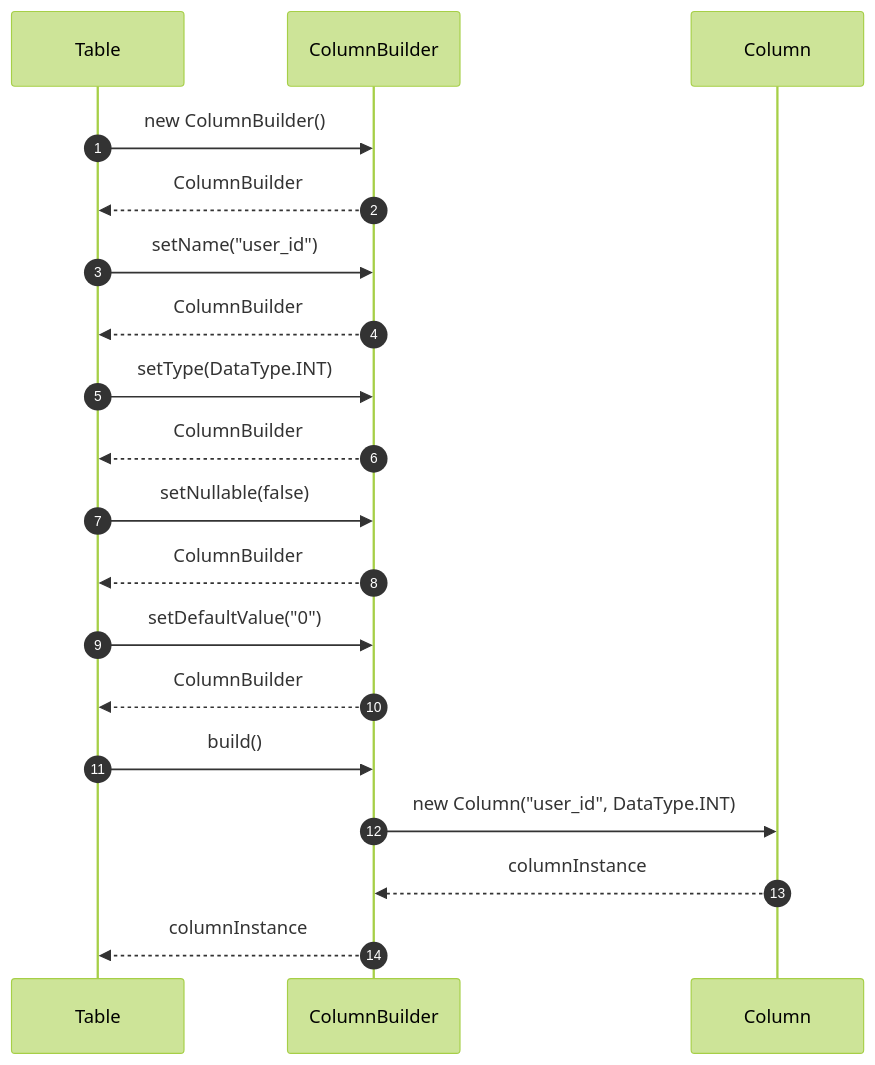
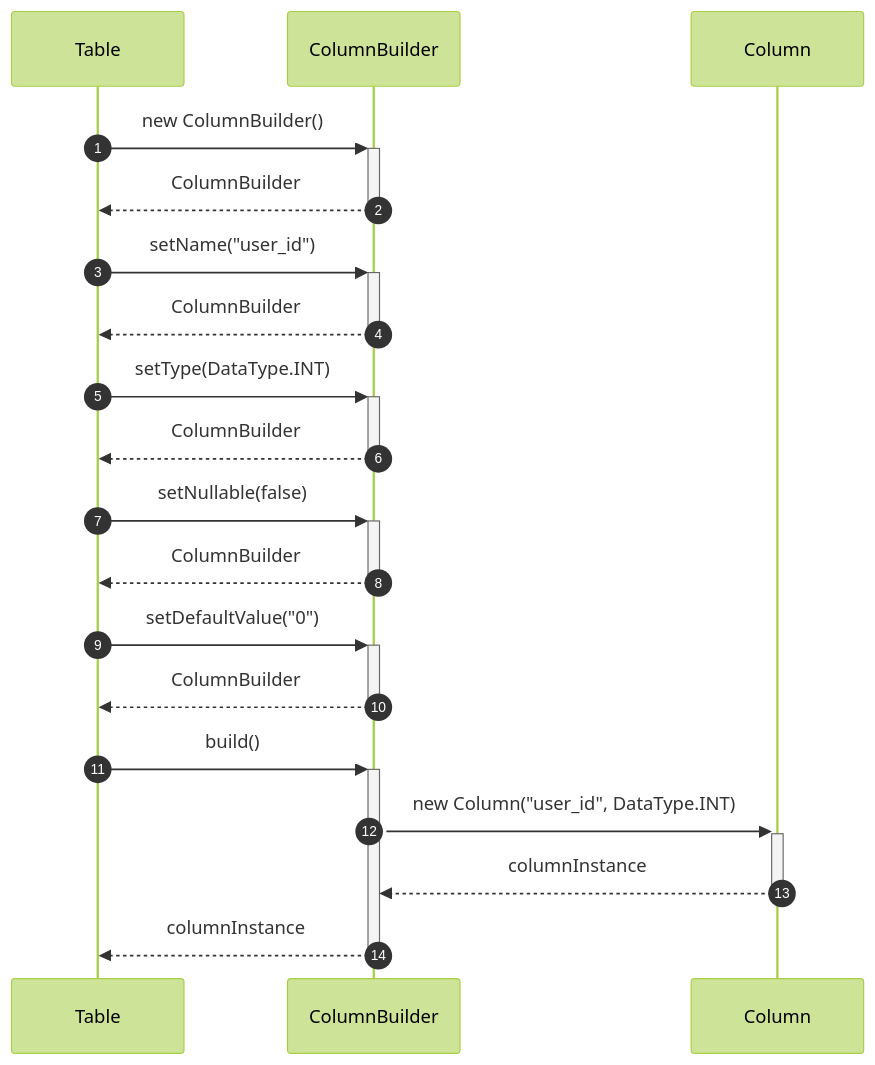
Before and after one commit to Dikhang1112/Database_Management_BBV: the tenth of 14 diagrams in docs/design_patterns/metadata/Sequece.md, drawn with Mermaid (forest theme). The commit also changed other lines of this file and 12 other files, not shown here.

Commit message:
Refactor sequece diagram

````diff
--- a/docs/design_patterns/metadata/Sequece.md
+++ b/docs/design_patterns/metadata/Sequece.md
@@ -229,22 +229,22 @@
 ```mermaid
 sequenceDiagram
     autonumber
     participant Table as Table
     participant CB as ColumnBuilder
     participant Col as Column
 
-    Table->>CB: new ColumnBuilder()
-    CB-->>Table: ColumnBuilder
-    Table->>CB: setName("user_id")
-    CB-->>Table: ColumnBuilder
-    Table->>CB: setType(DataType.INT)
-    CB-->>Table: ColumnBuilder
-    Table->>CB: setNullable(false)
-    CB-->>Table: ColumnBuilder
-    Table->>CB: setDefaultValue("0")
-    CB-->>Table: ColumnBuilder
-    Table->>CB: build()
-    CB->>Col: new Column("user_id", DataType.INT)
-    Col-->>CB: columnInstance
-    CB-->>Table: columnInstance
+    Table->>+CB: new ColumnBuilder()
+    CB-->>-Table: ColumnBuilder
+    Table->>+CB: setName("user_id")
+    CB-->>-Table: ColumnBuilder
+    Table->>+CB: setType(DataType.INT)
+    CB-->>-Table: ColumnBuilder
+    Table->>+CB: setNullable(false)
+    CB-->>-Table: ColumnBuilder
+    Table->>+CB: setDefaultValue("0")
+    CB-->>-Table: ColumnBuilder
+    Table->>+CB: build()
+    CB->>+Col: new Column("user_id", DataType.INT)
+    Col-->>-CB: columnInstance
+    CB-->>-Table: columnInstance
 ```
````
